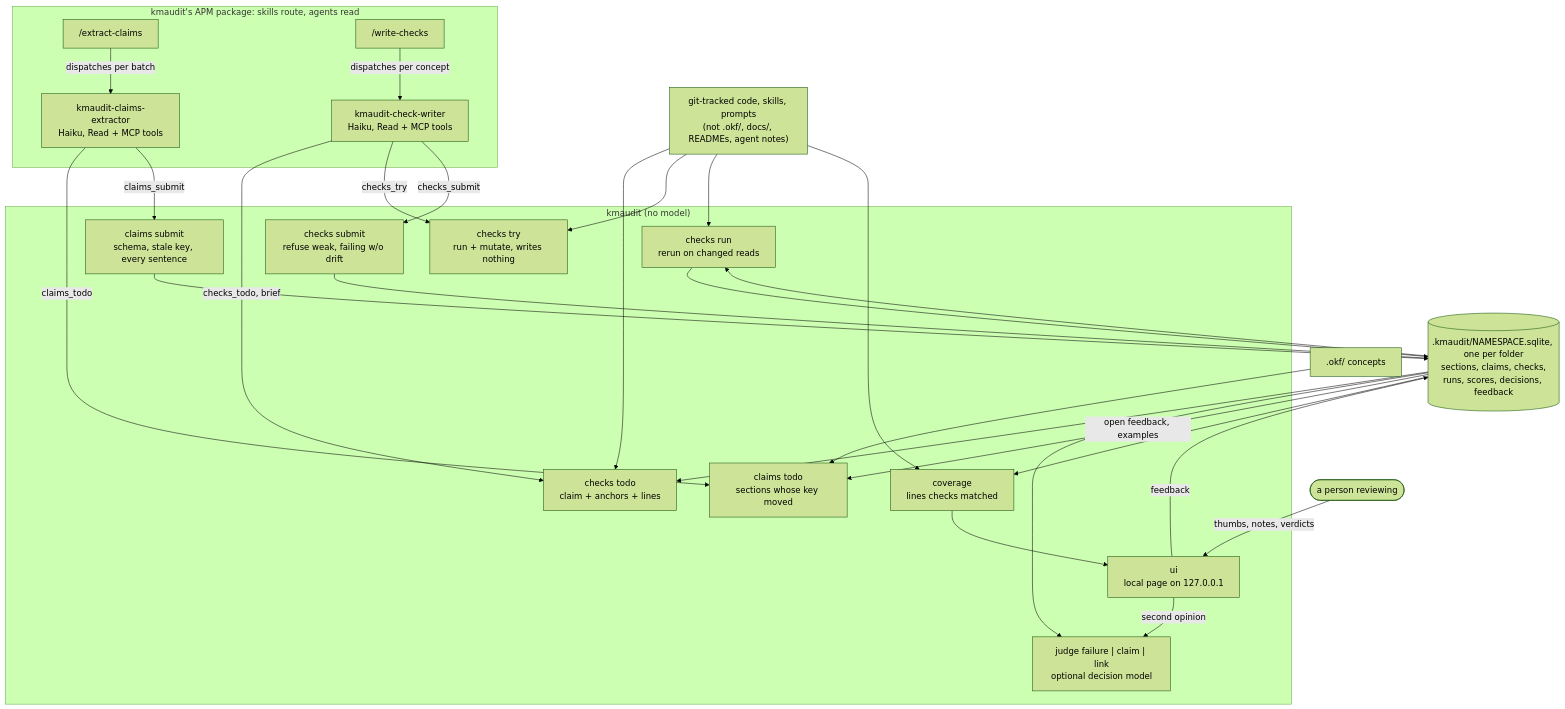
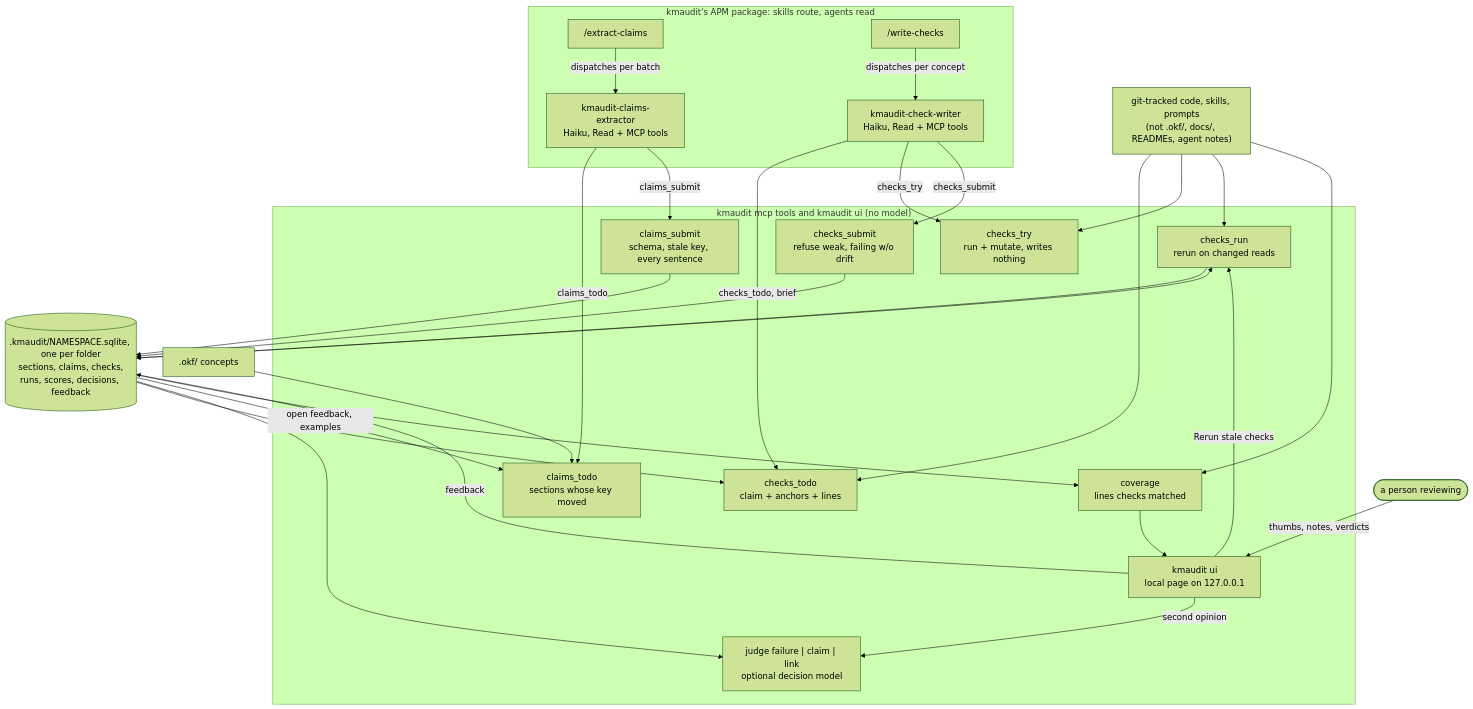
The diagram in .okf/architecture/audit-pipeline.md (JasperHG90/kmctl), drawn with Mermaid (forest theme) before and after one commit. The commit also changed other lines of this file and 38 other files, not shown here.

First line of the commit message:
Slim kmaudit's CLI to the MCP server, the UI and the list commands

````diff
--- a/.okf/architecture/audit-pipeline.md
+++ b/.okf/architecture/audit-pipeline.md
@@ -38,53 +38,54 @@
 ```mermaid
 flowchart TB
     bundle[".okf/ concepts"]
     code["git-tracked code, skills, prompts<br/>(not .okf/, docs/, READMEs, agent notes)"]
 
     subgraph skills["kmaudit's APM package: skills route, agents read"]
         extractSkill["/extract-claims"]
         writeSkill["/write-checks"]
         extractor["kmaudit-claims-extractor<br/>Haiku, Read + MCP tools"]
         writer["kmaudit-check-writer<br/>Haiku, Read + MCP tools"]
     end
 
-    subgraph cli["kmaudit (no model)"]
-        ctodo["claims todo<br/>sections whose key moved"]
-        csubmit["claims submit<br/>schema, stale key, every sentence"]
-        ktodo["checks todo<br/>claim + anchors + lines"]
-        ktry["checks try<br/>run + mutate, writes nothing"]
-        ksubmit["checks submit<br/>refuse weak, failing w/o drift"]
-        krun["checks run<br/>rerun on changed reads"]
+    subgraph cli["kmaudit mcp tools and kmaudit ui (no model)"]
+        ctodo["claims_todo<br/>sections whose key moved"]
+        csubmit["claims_submit<br/>schema, stale key, every sentence"]
+        ktodo["checks_todo<br/>claim + anchors + lines"]
+        ktry["checks_try<br/>run + mutate, writes nothing"]
+        ksubmit["checks_submit<br/>refuse weak, failing w/o drift"]
+        krun["checks_run<br/>rerun on changed reads"]
         judge["judge failure | claim | link<br/>optional decision model"]
-        ui["ui<br/>local page on 127.0.0.1"]
+        ui["kmaudit ui<br/>local page on 127.0.0.1"]
         cover["coverage<br/>lines checks matched"]
     end
 
     person(["a person reviewing"])
 
     store[(".kmaudit/NAMESPACE.sqlite, one per folder<br/>sections, claims, checks,<br/>runs, scores, decisions, feedback")]
 
     bundle --> ctodo
     extractSkill -- "dispatches per batch" --> extractor
     extractor -- "claims_todo" --> ctodo
     extractor -- "claims_submit" --> csubmit
     csubmit --> store
     store --> ktodo
     code --> ktodo
     writeSkill -- "dispatches per concept" --> writer
     writer -- "checks_todo, brief" --> ktodo
     writer -- "checks_try" --> ktry
     code --> ktry
     writer -- "checks_submit" --> ksubmit
     ksubmit --> store
     code --> krun
     store --> krun
     krun --> store
     store --> judge
     person -- "thumbs, notes, verdicts" --> ui
     ui -- "feedback" --> store
     ui -- "second opinion" --> judge
+    ui -- "Rerun stale checks" --> krun
     store -- "open feedback, examples" --> ctodo
     store --> cover
     code --> cover
     cover --> ui
 ```
````
